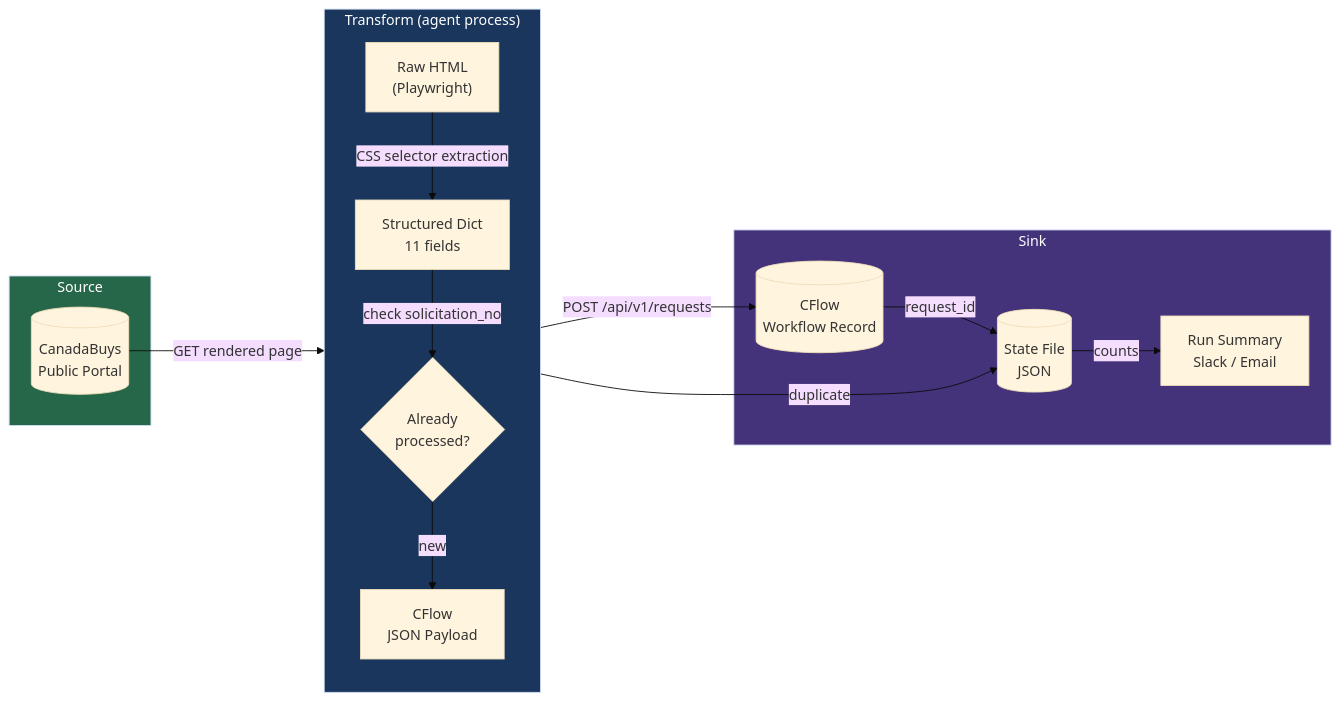
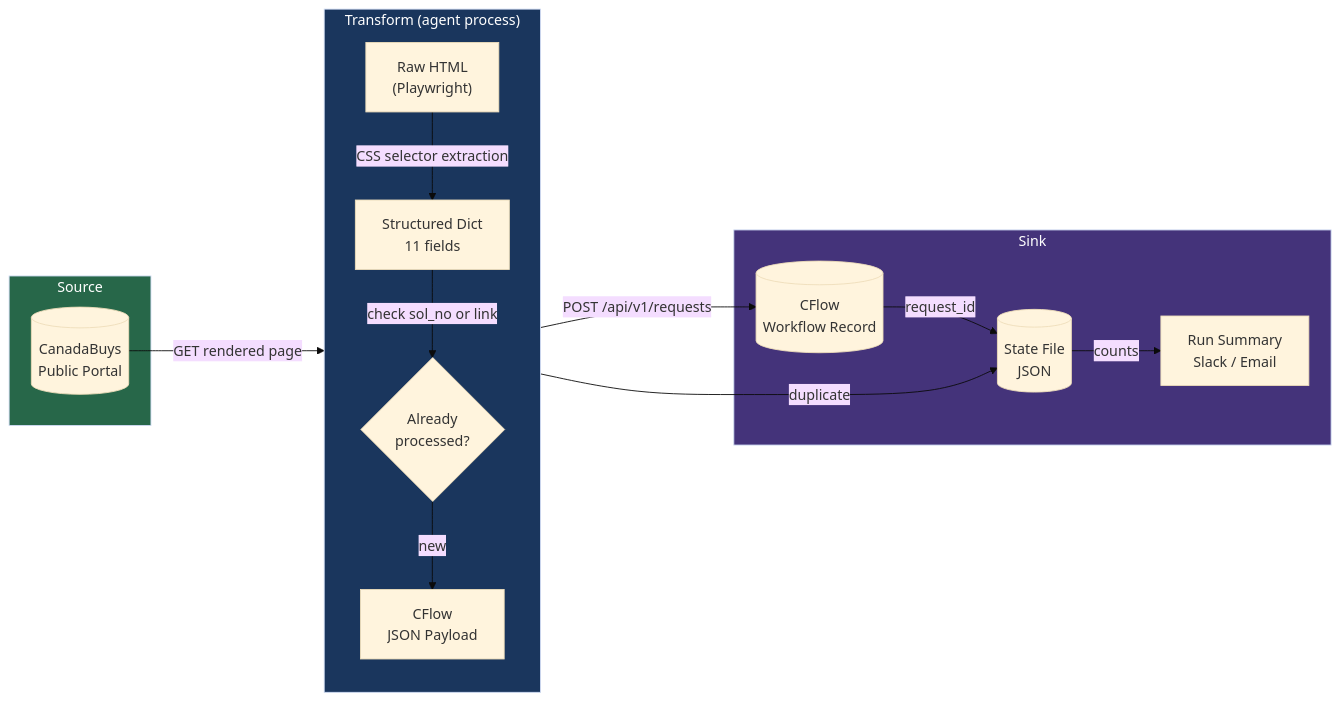
Before and after one commit to NoelKirthiraj/sourcing-agent: the second of 3 diagrams in docs/ARCHITECTURE.md, drawn with Mermaid (base theme). The commit also changed other lines of this file and 5 other files, not shown here.

````diff
--- a/docs/ARCHITECTURE.md
+++ b/docs/ARCHITECTURE.md
@@ -291,33 +296,33 @@
 ```mermaid
 flowchart LR
     subgraph SOURCE ["Source"]
         CB[(CanadaBuys\nPublic Portal)]
     end
 
     subgraph TRANSFORM ["Transform (agent process)"]
         direction TB
         RAW["Raw HTML\n(Playwright)"]
         STRUCT["Structured Dict\n11 fields"]
         DEDUP{"Already\nprocessed?"}
         PAYLOAD["CFlow\nJSON Payload"]
     end
 
     subgraph SINK ["Sink"]
         CFLOW_REC[(CFlow\nWorkflow Record)]
         STATE_F[(State File\nJSON)]
         NOTIF[Run Summary\nSlack / Email]
     end
 
     CB -->|GET rendered page| RAW
     RAW -->|CSS selector extraction| STRUCT
-    STRUCT -->|check solicitation_no| DEDUP
+    STRUCT -->|check sol_no or link| DEDUP
     DEDUP -->|new| PAYLOAD
     DEDUP -->|duplicate| STATE_F
     PAYLOAD -->|POST /api/v1/requests| CFLOW_REC
     CFLOW_REC -->|request_id| STATE_F
     STATE_F -->|counts| NOTIF
 
     style SOURCE fill:#276749,color:#fff
     style TRANSFORM fill:#1a365d,color:#fff
     style SINK fill:#44337a,color:#fff
 ```
````
